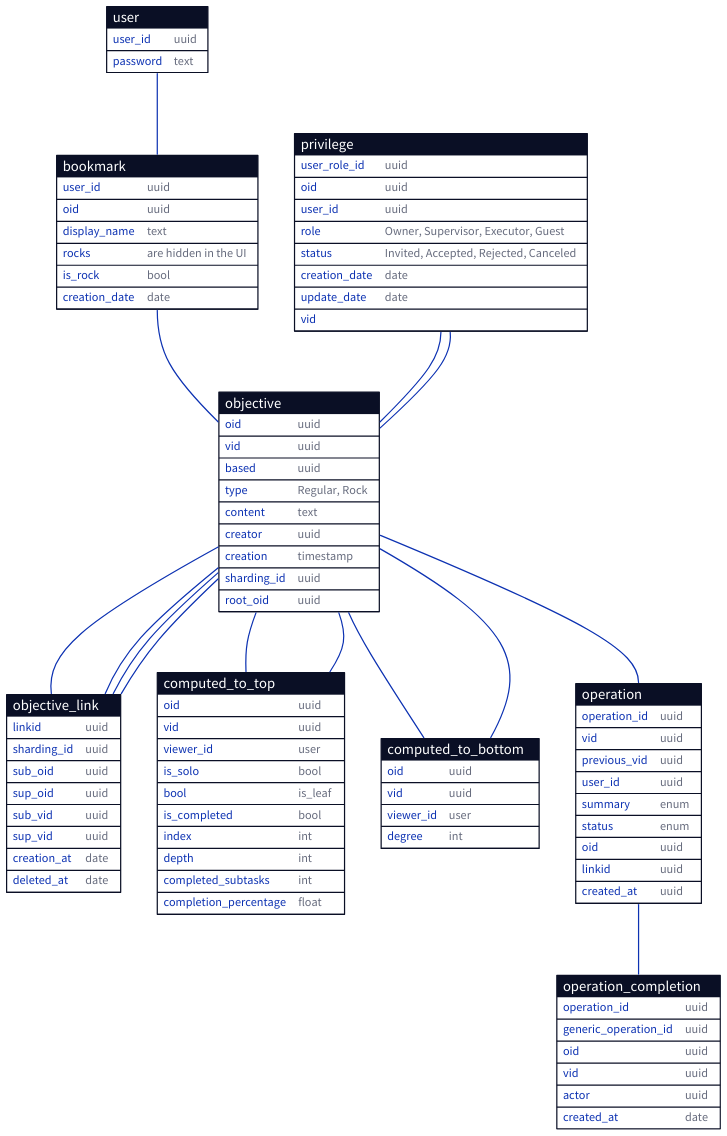
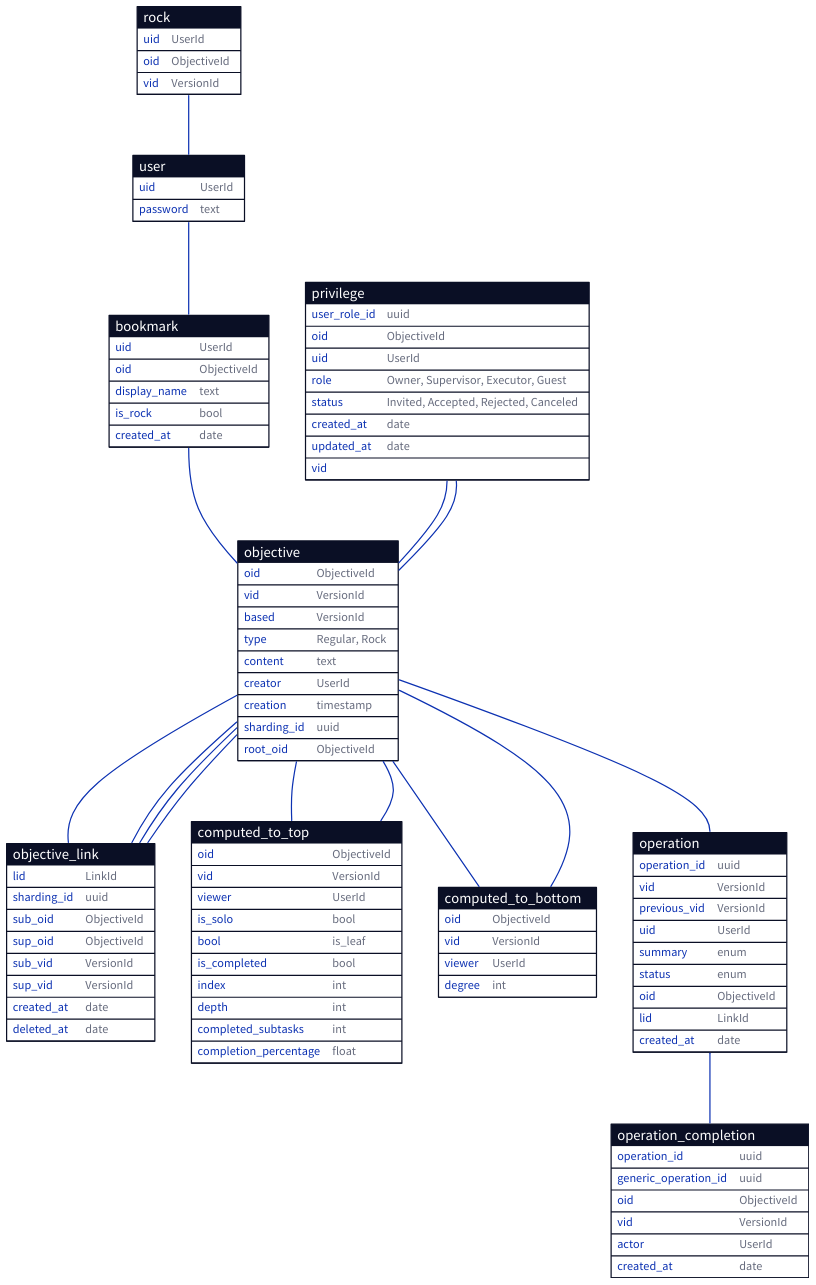
The diagram in docs/database/simplified.d2 (ufukty/logbook), drawn with D2 before and after one commit. The commit also changed 1 other file, not shown here.

Commit message:
docs/database/simplified: adds the table `rock`

```diff
--- a/docs/database/simplified.d2
+++ b/docs/database/simplified.d2
@@ -1,147 +1,156 @@
 user: {
   shape: sql_table
 
-  user_id: uuid
+  uid: UserId
   password: text
 }
 
 user -- bookmark
 
 bookmark: {
   shape: sql_table
 
-  user_id: uuid
-  oid: uuid
+  uid: UserId
+  oid: ObjectiveId
   display_name: text
-  rocks: are hidden in the UI
-  is_rock: bool
-  creation_date: date
+  is_rock: bool # rocks are hidden in the UI
+  created_at: date
 }
 
 privilege: {
   shape: sql_table
 
   user_role_id: uuid
-  oid: uuid
-  user_id: uuid
+  oid: ObjectiveId
+  uid: UserId
   role: "Owner, Supervisor, Executor, Guest"
   status: "Invited, Accepted, Rejected, Canceled"
-  creation_date: date
-  update_date: date
+  created_at: date
+  updated_at: date
+}
+
+rock: {
+  shape: sql_table
+
+  uid: UserId
+  oid: ObjectiveId
+  vid: VersionId # anchor
 }
 
 objective: {
   shape: sql_table
 
-  oid: uuid
-  vid: uuid
-  based: uuid
+  oid: ObjectiveId
+  vid: VersionId
+  based: VersionId
   type: "Regular, Rock"
   content: text
-  creator: uuid
+  creator: UserId
   creation: timestamp
 
   # "Inherit: super obj, randomize else" 
   sharding_id: uuid
   # "Needed: for sharding." 
-  root_oid: uuid
+  root_oid: ObjectiveId
 }
 
 # recalculate every link on a tree when new viewer come" ?
 objective_link: {
   shape: sql_table
 
-  linkid: uuid
+  lid: LinkId
 
   # "Inherit: super obj, randomize otherwise" 
   sharding_id: uuid
 
-  sub_oid: uuid
-  sup_oid: uuid
-  sub_vid: uuid
-  sup_vid: uuid
+  sub_oid: ObjectiveId
+  sup_oid: ObjectiveId
+  sub_vid: VersionId
+  sup_vid: VersionId
 
-  creation_at: date
+  created_at: date
   deleted_at: date
 }
+
+rock.uid -- user.uid
 
 objective.oid -- objective_link.sup_oid
 objective.oid -- objective_link.sub_oid
 objective.vid -- objective_link.sup_vid
 objective.vid -- objective_link.sub_vid
 
 # a bookmark points to a root node of a work tree
 bookmark -- objective
 
 # Any task with custom privilege hand.can have owner/viewers/executors
 privilege.oid -- objective.oid
 privilege.vid -- objective.vid
 
 computed_to_top: {
   shape: sql_table
 
-  oid: uuid
-  vid: uuid
-  viewer_id: user
+  oid: ObjectiveId
+  vid: VersionId
+  viewer: UserId
 
   is_solo: bool
   bool: is_leaf
   # "for: leaf" 
   is_completed: bool
 
   # "inherited: from inviter on task creation." 
   index: int
   depth: int
   # "changes: for each user. divide with degree to find completion_percentage" 
   completed_subtasks: int
   # "changes: for each user. not the same with objective.is_completed" 
   completion_percentage: float
 }
 
 computed_to_bottom: {
   shape: sql_table
 
-  oid: uuid
-  vid: uuid
-  viewer_id: user
+  oid: ObjectiveId
+  vid: VersionId
+  viewer: UserId
 
   degree: int
 }
 
 objective.oid -- computed_to_top.oid
 objective.vid -- computed_to_top.vid
 
 objective.oid -- computed_to_bottom.oid
 objective.vid -- computed_to_bottom.vid
 
 operation: {
   shape: sql_table
 
   operation_id: uuid
-  vid: uuid
-  previous_vid: uuid
+  vid: VersionId
+  previous_vid: VersionId
 
-  user_id: uuid
+  uid: UserId
   summary: enum
   status: enum
 
-  oid: uuid
-  linkid: uuid
+  oid: ObjectiveId
+  lid: LinkId
 
-  created_at: uuid
+  created_at: date
 }
 
 operation_completion: {
   shape: sql_table
 
   operation_id: uuid
   generic_operation_id: uuid
-  oid: uuid
-  vid: uuid
-  actor: uuid
+  oid: ObjectiveId
+  vid: VersionId
+  actor: UserId
   created_at: date
 }
 
 operation -- operation_completion
 
 objective -- operation
```
